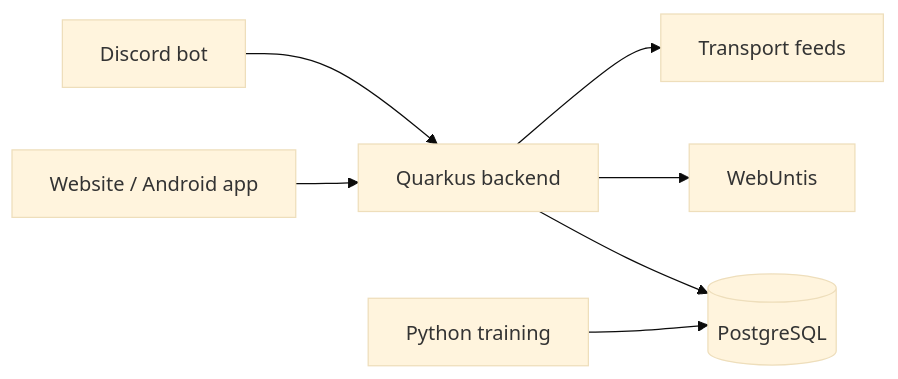
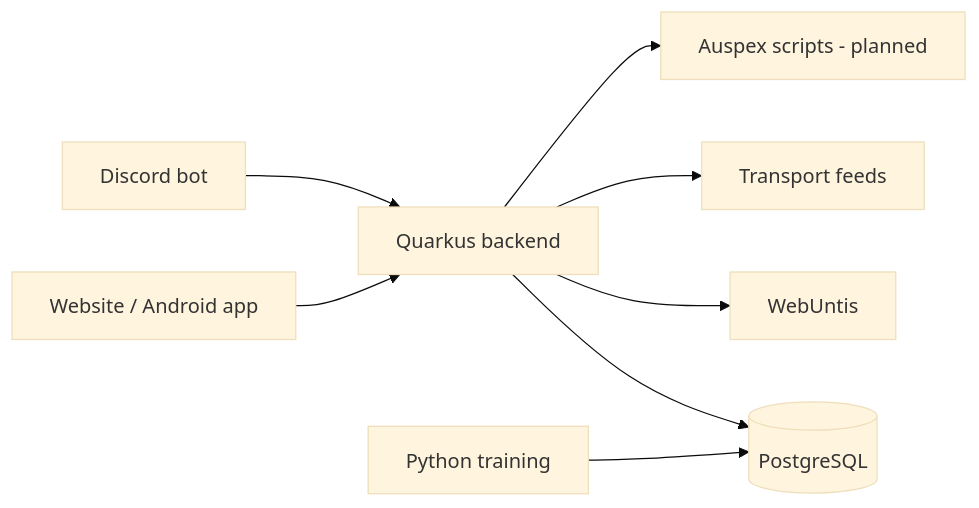
One commit to LPuehringerStudent/LeoWay changed the second of 3 diagrams in docs/LeoWay-System-Specification.md. Above: the diagram before and after it, drawn with Mermaid (base theme). The commit also changed other lines of this file and 1 other file, not shown here.

Commit message:
docs: add preparation steps and clarify planned Auspex use

````diff
--- a/docs/LeoWay-System-Specification.md
+++ b/docs/LeoWay-System-Specification.md
@@ -165,10 +165,11 @@
 ```mermaid
 %% architecture
 flowchart LR
   App[Website / Android app] --> API[Quarkus backend]
   Bot[Discord bot] --> API
   API --> DB[(PostgreSQL)]
   API --> W[WebUntis]
   API --> T[Transport feeds]
+  API --> Rules[Auspex scripts - planned]
   ML[Python training] --> DB
 ```
````
